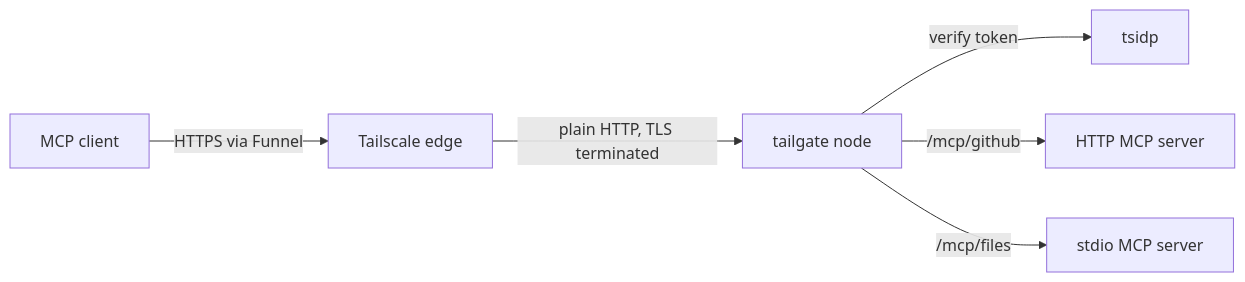
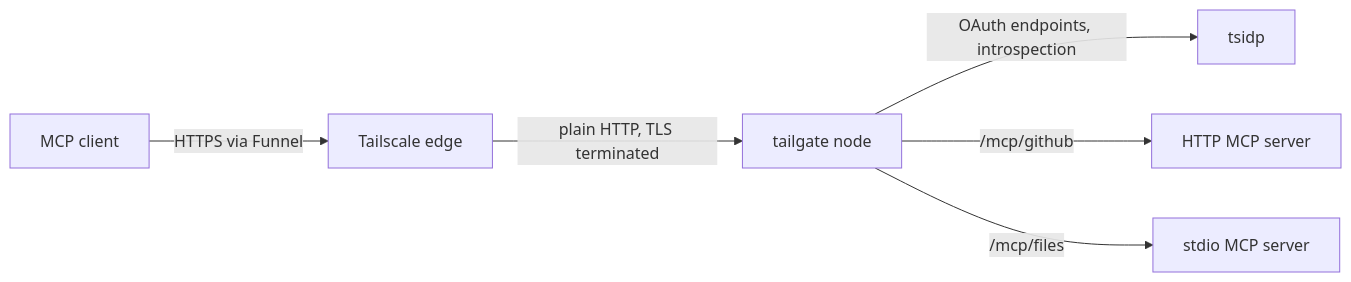
The first of 2 diagrams in README.md (bendrucker/tailgate), drawn with Mermaid before and after one commit. The commit also changed other lines of this file and 3 other files, not shown here.

First line of the commit message:
Document the architecture and security model (#12)

````diff
--- a/README.md
+++ b/README.md
@@ -13,8 +13,8 @@
 ```mermaid
 flowchart LR
   client[MCP client] -->|HTTPS via Funnel| edge[Tailscale edge]
   edge -->|plain HTTP, TLS terminated| tg[tailgate node]
-  tg -->|verify token| idp[tsidp]
+  tg -->|OAuth endpoints, introspection| idp[tsidp]
   tg -->|/mcp/github| u1[HTTP MCP server]
   tg -->|/mcp/files| u2[stdio MCP server]
 ```
````
